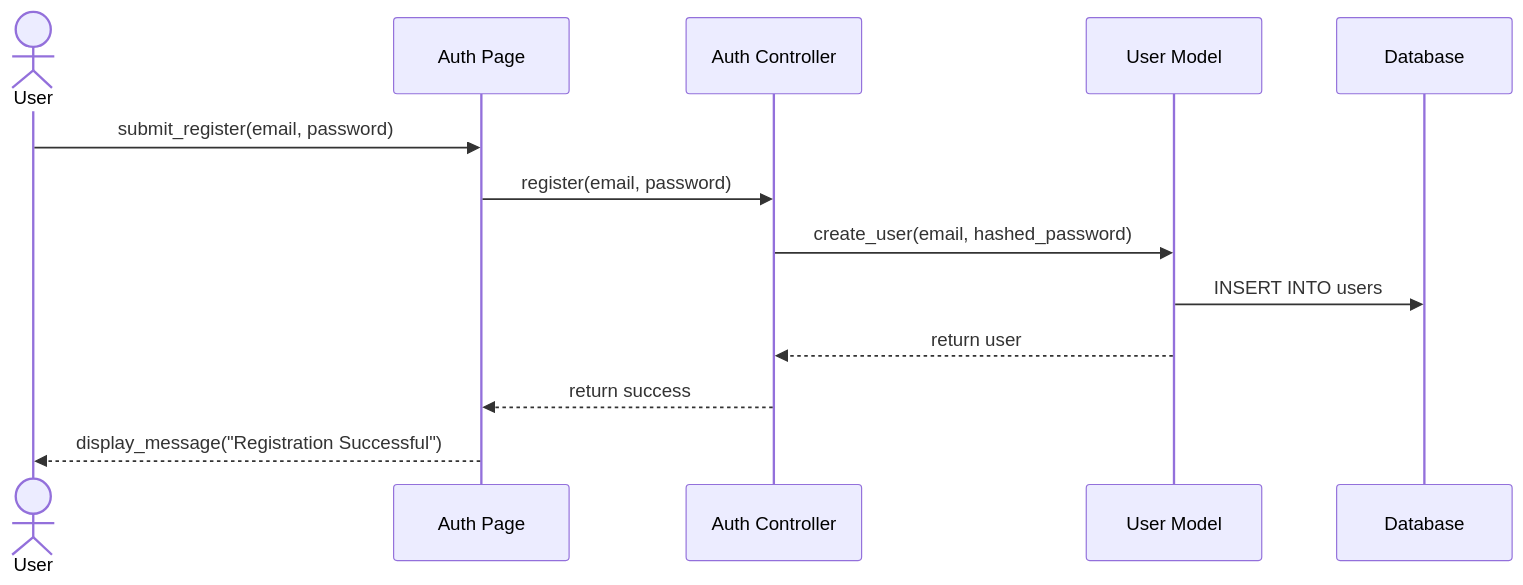
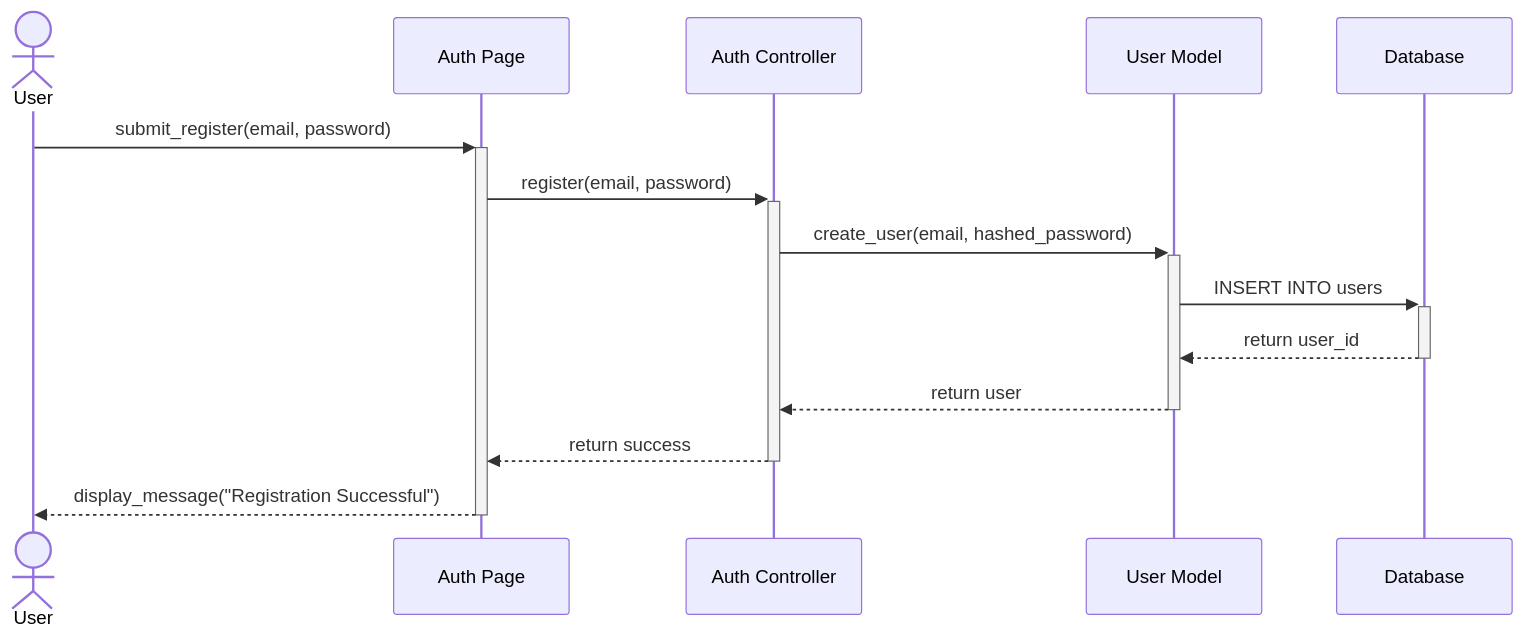
Before and after one commit to Tanaphat-Ken/ALPR-V2: the second of 20 diagrams in SYSTEM_DIAGRAMS.md, drawn with Mermaid. The commit also changed other lines of this file, not shown here.

First line of the commit message:
fix: resolve Mermaid activation bar errors across sequence diagrams

````diff
--- a/SYSTEM_DIAGRAMS.md
+++ b/SYSTEM_DIAGRAMS.md
@@ -172,16 +172,17 @@
 ```mermaid
 sequenceDiagram
     actor User
     participant AuthPage as Auth Page
     participant AuthController as Auth Controller
     participant UserModel as User Model
     participant DB as Database
 
-    User->>AuthPage: submit_register(email, password)
-    AuthPage->>AuthController: register(email, password)
-    AuthController->>UserModel: create_user(email, hashed_password)
-    UserModel->>DB: INSERT INTO users
-    UserModel-->>AuthController: return user
-    AuthController-->>AuthPage: return success
-    AuthPage-->>User: display_message("Registration Successful")
+    User->>+AuthPage: submit_register(email, password)
+    AuthPage->>+AuthController: register(email, password)
+    AuthController->>+UserModel: create_user(email, hashed_password)
+    UserModel->>+DB: INSERT INTO users
+    DB-->>-UserModel: return user_id
+    UserModel-->>-AuthController: return user
+    AuthController-->>-AuthPage: return success
+    AuthPage-->>-User: display_message("Registration Successful")
 ```
````
